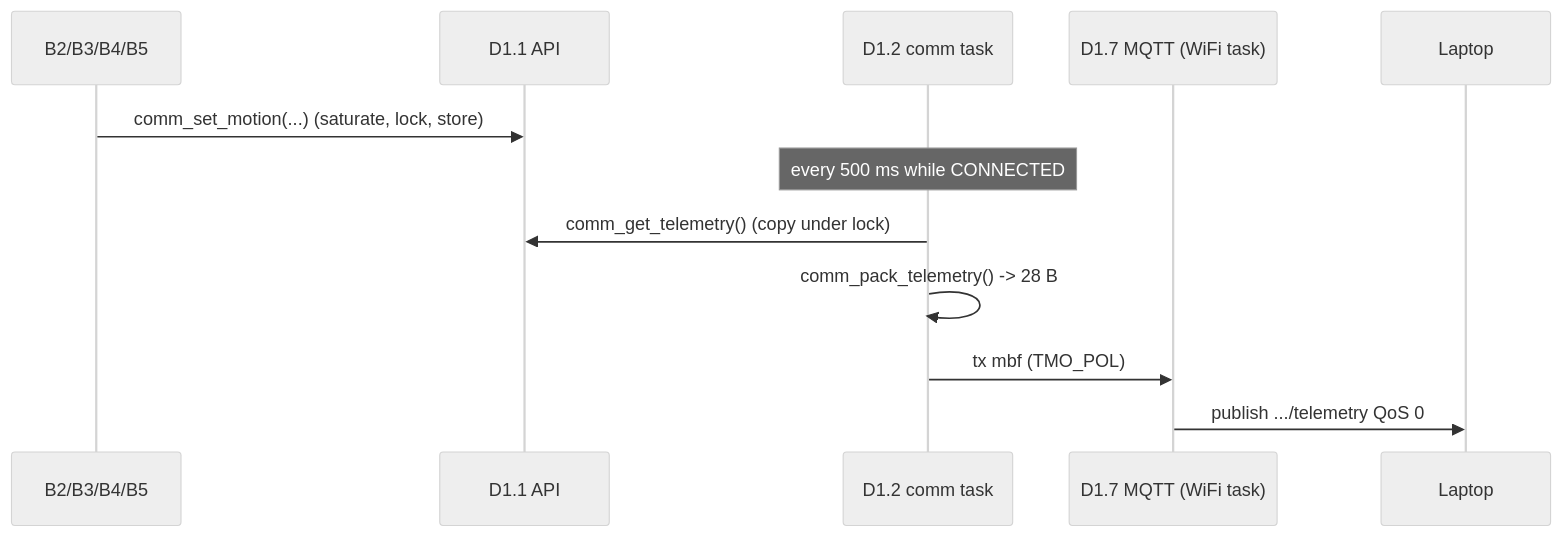
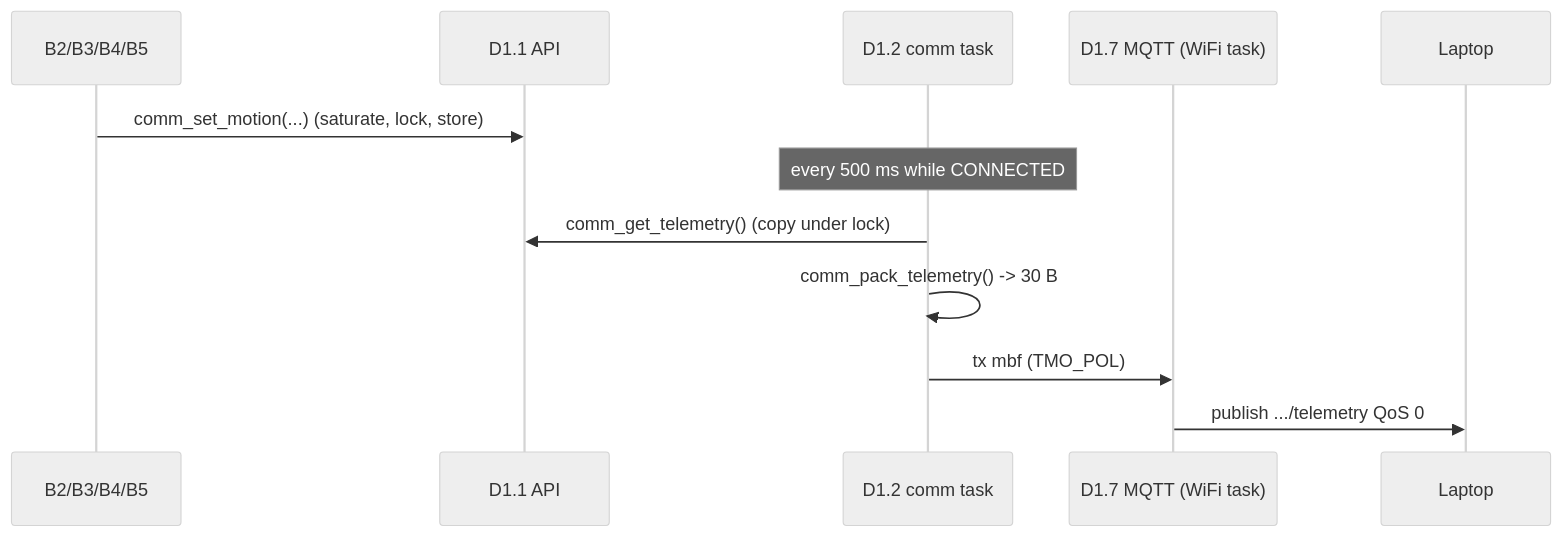
The second of 6 diagrams in testing/subsystem1/DESIGN_B1.md (notmufliha/INF2004-Project), drawn with Mermaid (neutral theme) before and after one commit. The commit also changed other lines of this file and 24 other files, not shown here.

````diff
--- a/testing/subsystem1/DESIGN_B1.md
+++ b/testing/subsystem1/DESIGN_B1.md
@@ -57,14 +57,14 @@
 ```mermaid
 sequenceDiagram
   participant B2 as B2/B3/B4/B5
   participant API as D1.1 API
   participant CT as D1.2 comm task
   participant MQ as D1.7 MQTT (WiFi task)
   participant L as Laptop
   B2->>API: comm_set_motion(...) (saturate, lock, store)
   Note over CT: every 500 ms while CONNECTED
   CT->>API: comm_get_telemetry() (copy under lock)
-  CT->>CT: comm_pack_telemetry() -> 28 B
+  CT->>CT: comm_pack_telemetry() -> 30 B
   CT->>MQ: tx mbf (TMO_POL)
   MQ->>L: publish .../telemetry QoS 0
 ```
````
